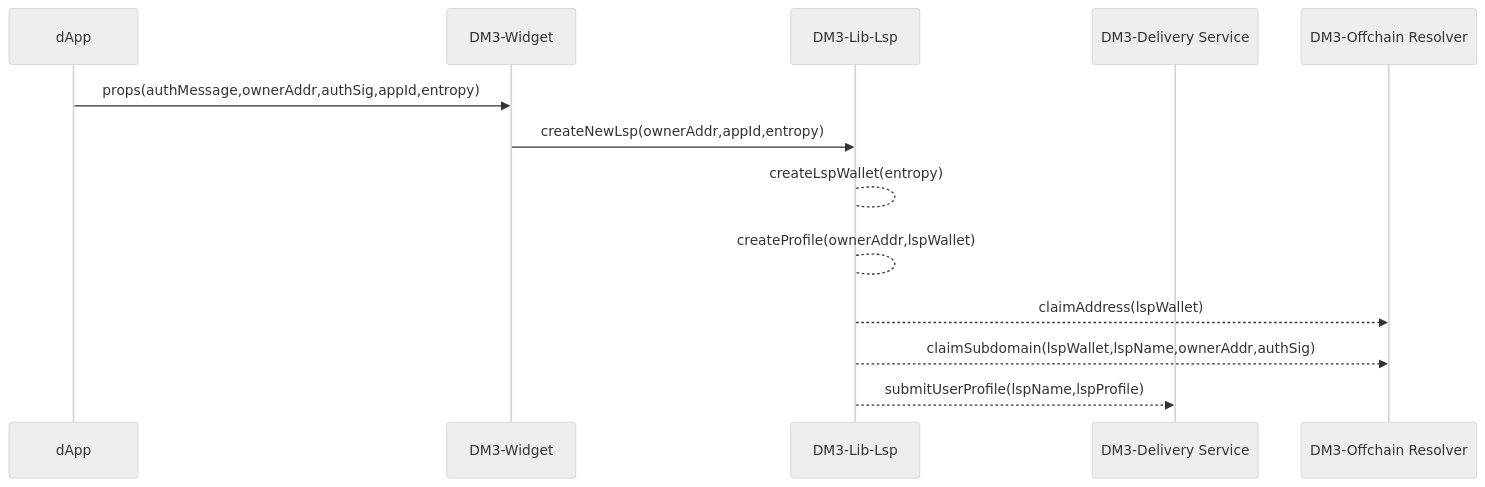
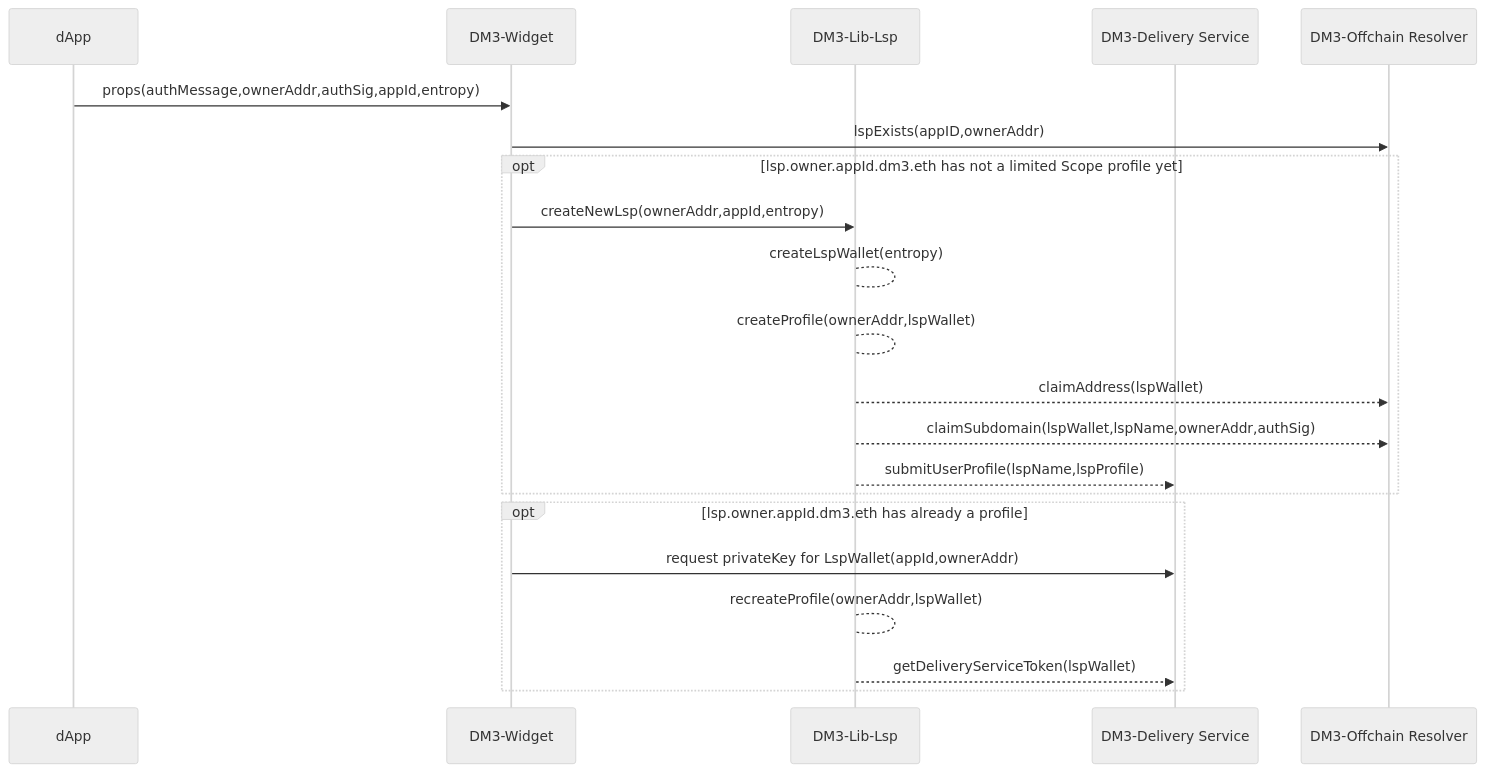
The diagram in docs/specification/limited-scope-profiles/flows/02-dapp-auth.md (dm3-org/dm3-spec), drawn with Mermaid (neutral theme) before and after one commit.

Commit message:
add optional path to retrive privateKey

````diff
--- a/docs/specification/limited-scope-profiles/flows/02-dapp-auth.md
+++ b/docs/specification/limited-scope-profiles/flows/02-dapp-auth.md
@@ -1,17 +1,25 @@
 ```mermaid
   sequenceDiagram
     participant DAPP as dApp
     participant W as DM3-Widget
     participant LIB as DM3-Lib-Lsp
     participant DS as DM3-Delivery Service
     participant OR as DM3-Offchain Resolver
 
     DAPP ->> W: props(authMessage,ownerAddr,authSig,appId,entropy)
+    W->>OR: lspExists(appID,ownerAddr)
+    opt lsp.owner.appId.dm3.eth has not a limited Scope profile yet
         W->>LIB: createNewLsp(ownerAddr,appId,entropy)
-        LIB-->LIB:createLspWallet(entropy)
-        LIB-->LIB:createProfile(ownerAddr,lspWallet)
-        LIB-->>OR: claimAddress(lspWallet)
-        LIB-->>OR: claimSubdomain(lspWallet,lspName,ownerAddr,authSig)
-        LIB-->>DS: submitUserProfile(lspName,lspProfile)
+            LIB-->LIB:createLspWallet(entropy)
+            LIB-->LIB:createProfile(ownerAddr,lspWallet)
+            LIB-->>OR: claimAddress(lspWallet)
+            LIB-->>OR: claimSubdomain(lspWallet,lspName,ownerAddr,authSig)
+            LIB-->>DS: submitUserProfile(lspName,lspProfile)
+    end
+    opt lsp.owner.appId.dm3.eth has already a profile
+    W ->> DS: request privateKey for LspWallet(appId,ownerAddr)
+    LIB-->LIB:recreateProfile(ownerAddr,lspWallet)
+    LIB-->>DS: getDeliveryServiceToken(lspWallet)
+    end
 
 ```
````
